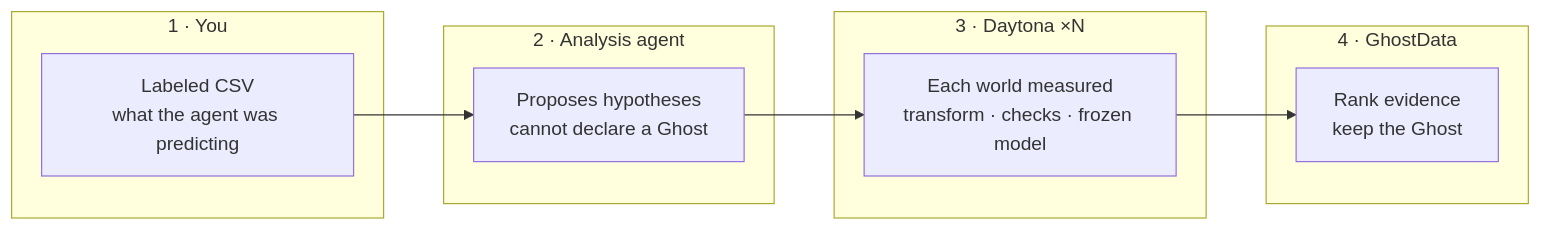
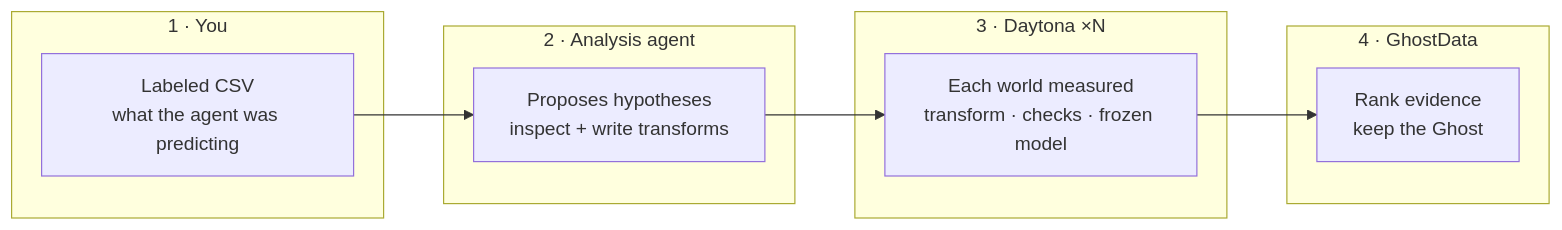
Before and after one commit to licongxu/GhostData: the diagram in README.md, drawn with Mermaid. The commit also changed other lines of this file and 1 other file, not shown here.

First line of the commit message:
State what GhostData is, without opening on a negation.

````diff
--- a/README.md
+++ b/README.md
@@ -18,16 +18,16 @@
 ```mermaid
 flowchart LR
   subgraph you [1 · You]
     A["Labeled CSV<br/>what the agent was predicting"]
   end
   subgraph agent [2 · Analysis agent]
-    B["Proposes hypotheses<br/>cannot declare a Ghost"]
+    B["Proposes hypotheses<br/>inspect + write transforms"]
   end
   subgraph daytona [3 · Daytona ×N]
     C["Each world measured<br/>transform · checks · frozen model"]
   end
   subgraph host [4 · GhostData]
     D["Rank evidence<br/>keep the Ghost"]
   end
   A --> B --> C --> D
 ```
````
